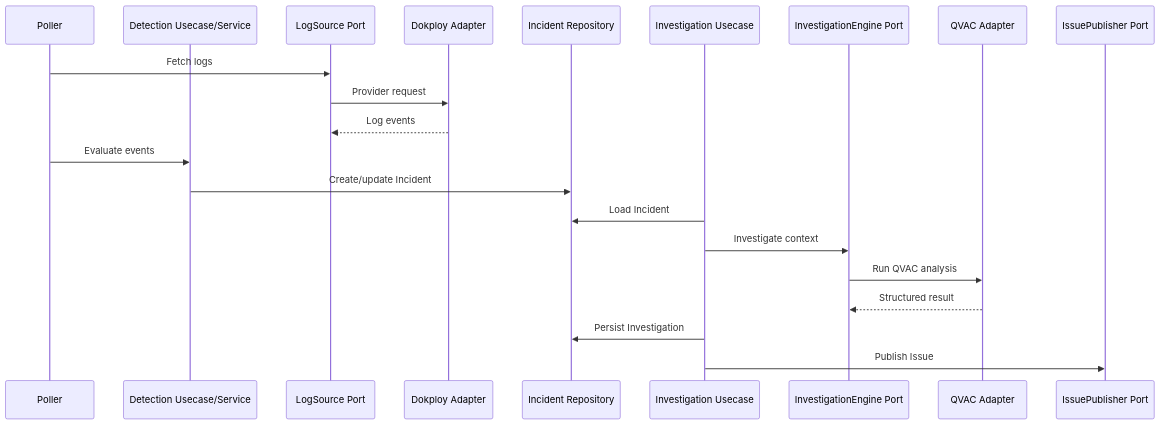
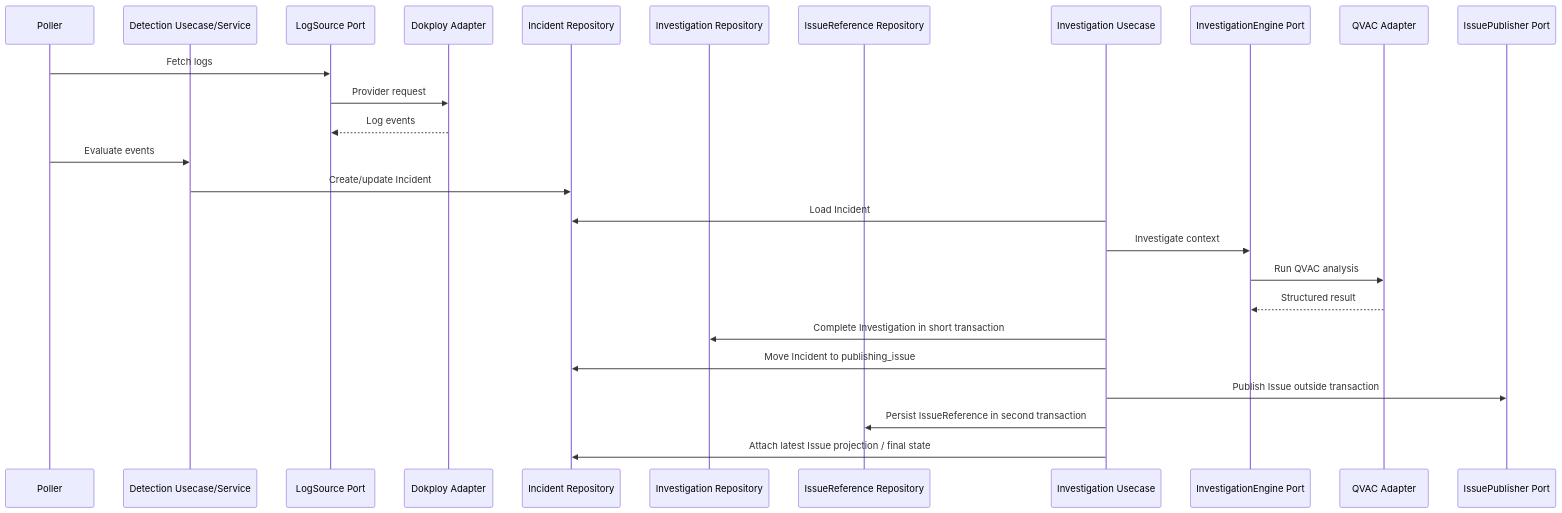
Before and after one commit to Unknowns24/akritas: the third of 3 diagrams in docs/backend-architecture.md, drawn with Mermaid. The commit also changed other lines of this file and 4 other files, not shown here.

````diff
--- a/docs/backend-architecture.md
+++ b/docs/backend-architecture.md
@@ -509,25 +509,30 @@
 ```mermaid
 sequenceDiagram
     participant P as Poller
     participant D as Detection Usecase/Service
     participant LS as LogSource Port
     participant DK as Dokploy Adapter
     participant IR as Incident Repository
+    participant IV as Investigation Repository
+    participant IGR as IssueReference Repository
     participant Q as Investigation Usecase
     participant IE as InvestigationEngine Port
     participant QA as QVAC Adapter
     participant GH as IssuePublisher Port
 
     P->>LS: Fetch logs
     LS->>DK: Provider request
     DK-->>LS: Log events
     P->>D: Evaluate events
     D->>IR: Create/update Incident
 
     Q->>IR: Load Incident
     Q->>IE: Investigate context
     IE->>QA: Run QVAC analysis
     QA-->>IE: Structured result
-    Q->>IR: Persist Investigation
-    Q->>GH: Publish Issue
+    Q->>IV: Complete Investigation in short transaction
+    Q->>IR: Move Incident to publishing_issue
+    Q->>GH: Publish Issue outside transaction
+    Q->>IGR: Persist IssueReference in second transaction
+    Q->>IR: Attach latest Issue projection / final state
 ```
````
